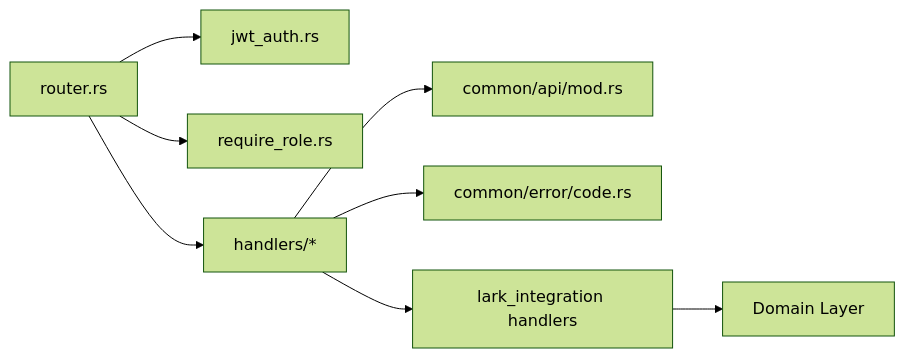
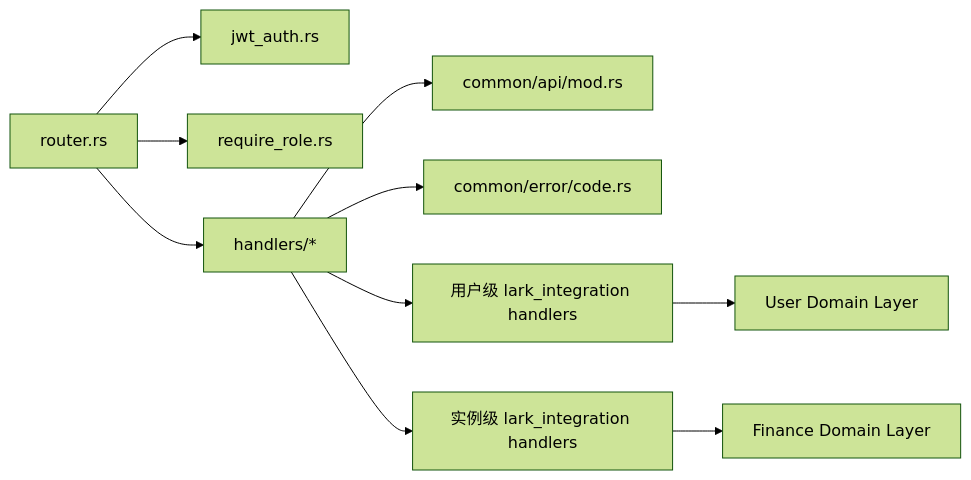
The third of 3 diagrams in .qoder/repowiki/zh/content/API 参考/RESTful API/RESTful API.md (runningcoders/ai_orz), drawn with Mermaid (forest theme) before and after one commit. The commit also changed other lines of this file and 10 other files, not shown here.

````diff
--- a/.qoder/repowiki/zh/content/API 参考/RESTful API/RESTful API.md
+++ b/.qoder/repowiki/zh/content/API 参考/RESTful API/RESTful API.md
@@ -529,10 +602,12 @@
 ```mermaid
 graph LR
 R["router.rs"] --> J["jwt_auth.rs"]
 R --> Q["require_role.rs"]
 R --> H["handlers/*"]
 H --> U["common/api/mod.rs"]
 H --> E["common/error/code.rs"]
-H --> L["lark_integration handlers"]
-L --> D["Domain Layer"]
+H --> UL["用户级 lark_integration handlers"]
+H --> FL["实例级 lark_integration handlers"]
+UL --> UD["User Domain Layer"]
+FL --> FD["Finance Domain Layer"]
 ```
````
